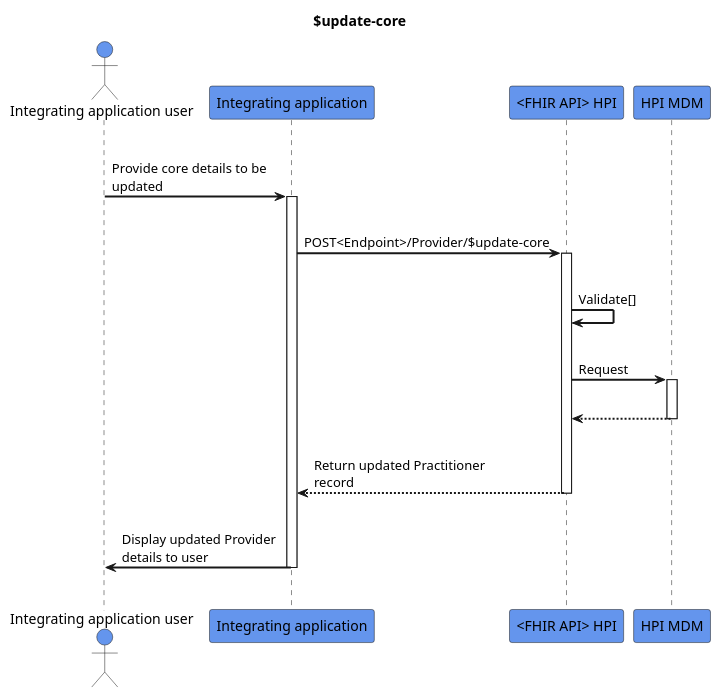
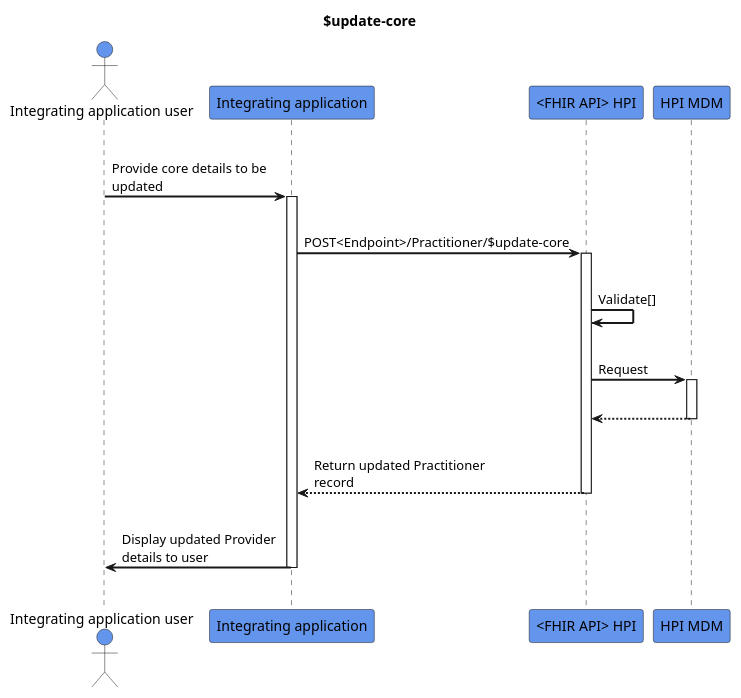
One commit to HL7NZ/hpi changed the diagram in input/images-source/update-practitioner-core.plantuml. Above: the diagram before and after it, drawn with PlantUML.

```diff
--- a/input/images-source/update-practitioner-core.plantuml
+++ b/input/images-source/update-practitioner-core.plantuml
@@ -1,33 +1,33 @@
 @startuml
 skinparam sequenceArrowThickness 2
 skinparam roundcorner 5
 skinparam maxmessagesize 180
 skinparam sequenceParticipant bold
 title $update-core
 actor "Integrating application user" as User #CornflowerBlue
 participant "Integrating application" as A #CornflowerBlue
 participant "<FHIR API> HPI" as B #CornflowerBlue
 participant "HPI MDM" as C #CornflowerBlue
 |||
 User -> A: Provide core details to be updated
 activate A
 |||
-A -> B: POST<Endpoint>/Provider/$update-core
+A -> B: POST<Endpoint>/Practitioner/$update-core
 activate B
 |||
 B -> B: Validate[]
 |||
 B -> C: Request
 activate C
 |||
 
 C -[dashed]-> B
 deactivate C
 |||
 B -[dashed]-> A: Return updated Practitioner record
 deactivate B
 |||
 A -> User: Display updated Provider details to user
 deactivate A
 |||
 @enduml
```
